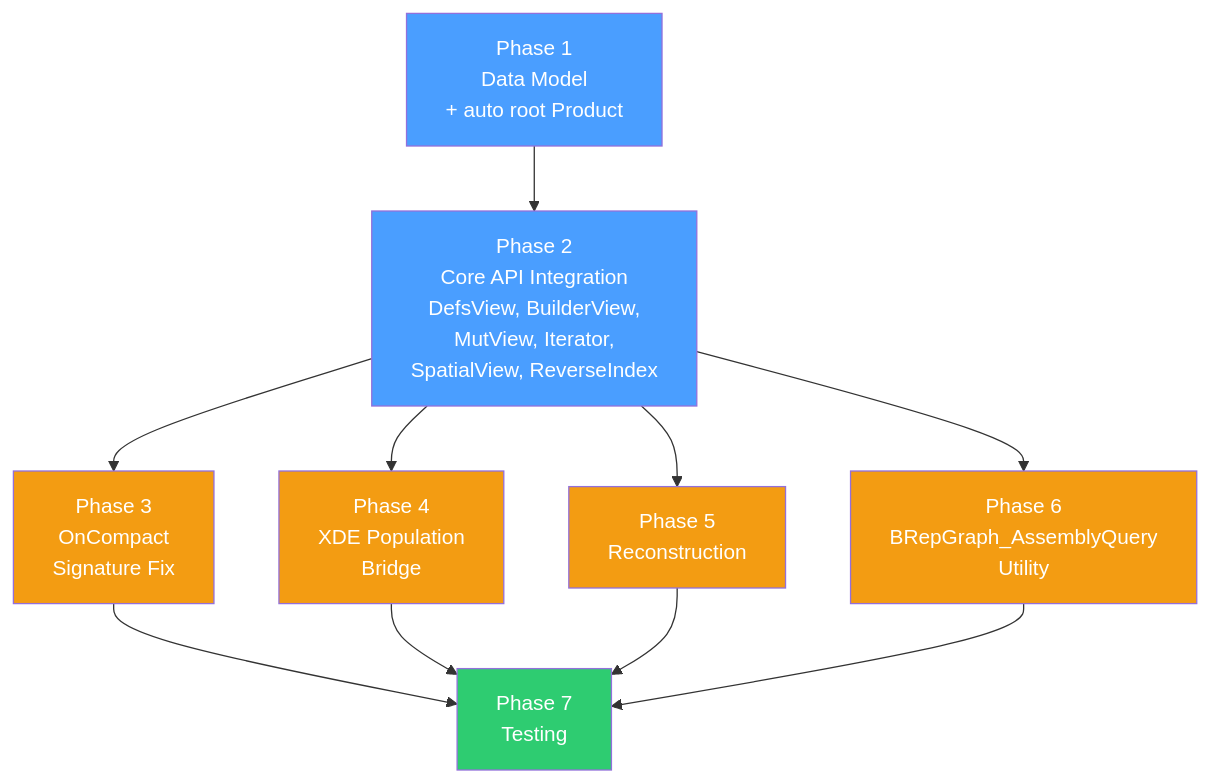
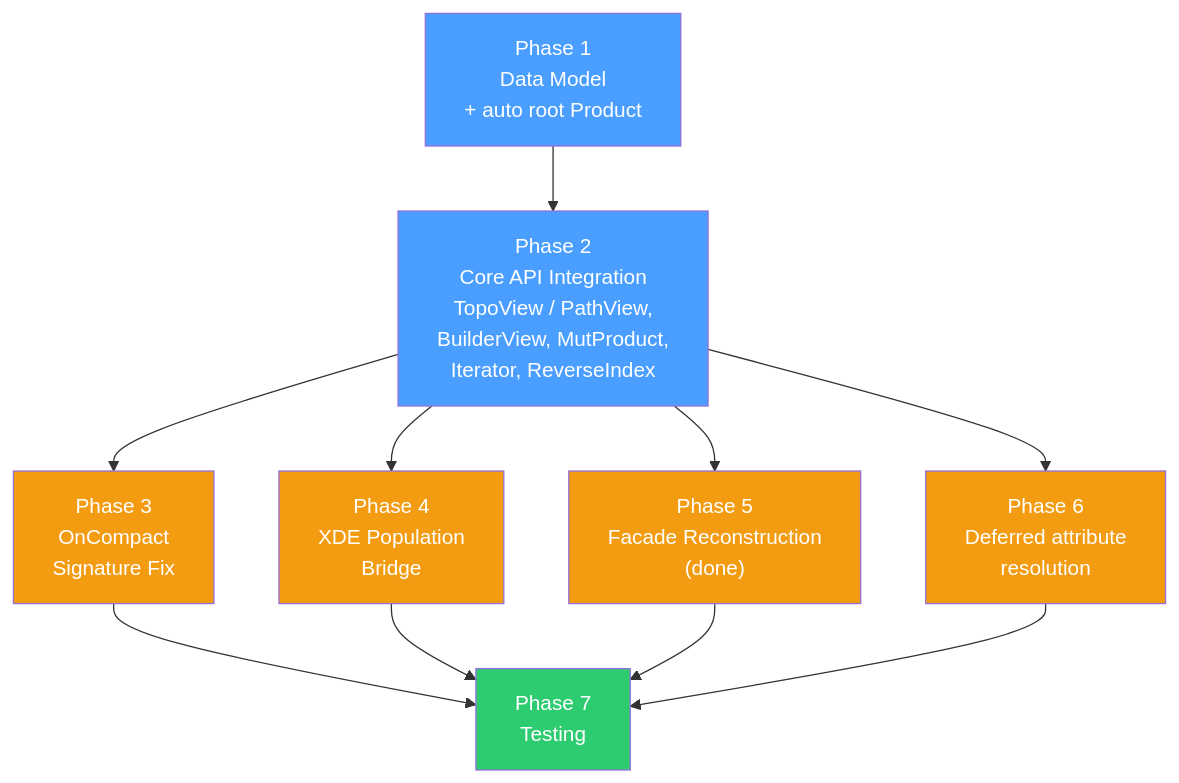
Before and after one commit to Open-Cascade-SAS/OCCT: the seventh of 9 diagrams in src/ModelingData/TKBRep/BRepGraph/TODO_Assembly_Visualization.md, drawn with Mermaid. The commit also changed other lines of this file and 4 other files, not shown here.

````diff
--- a/src/ModelingData/TKBRep/BRepGraph/TODO_Assembly_Visualization.md
+++ b/src/ModelingData/TKBRep/BRepGraph/TODO_Assembly_Visualization.md
@@ -276,28 +276,28 @@
 ```mermaid
 flowchart TD
     Ph1["Phase 1<br/>Data Model<br/>+ auto root Product"]
-    Ph2["Phase 2<br/>Core API Integration<br/>DefsView, BuilderView,<br/>MutView, Iterator,<br/>SpatialView, ReverseIndex"]
+    Ph2["Phase 2<br/>Core API Integration<br/>TopoView / PathView,<br/>BuilderView, MutProduct,<br/>Iterator, ReverseIndex"]
     Ph3["Phase 3<br/>OnCompact<br/>Signature Fix"]
     Ph4["Phase 4<br/>XDE Population<br/>Bridge"]
-    Ph5["Phase 5<br/>Reconstruction"]
-    Ph6["Phase 6<br/>BRepGraph_AssemblyQuery<br/>Utility"]
+    Ph5["Phase 5<br/>Facade Reconstruction<br/>(done)"]
+    Ph6["Phase 6<br/>Deferred attribute<br/>resolution"]
     Ph7["Phase 7<br/>Testing"]
 
     Ph1 --> Ph2
     Ph2 --> Ph3
     Ph2 --> Ph4
     Ph2 --> Ph5
     Ph2 --> Ph6
     Ph3 --> Ph7
     Ph4 --> Ph7
     Ph5 --> Ph7
     Ph6 --> Ph7
 
     style Ph1 fill:#4a9eff,color:#fff
     style Ph2 fill:#4a9eff,color:#fff
     style Ph3 fill:#f39c12,color:#fff
     style Ph4 fill:#f39c12,color:#fff
     style Ph5 fill:#f39c12,color:#fff
     style Ph6 fill:#f39c12,color:#fff
     style Ph7 fill:#2ecc71,color:#fff
 ```
````
